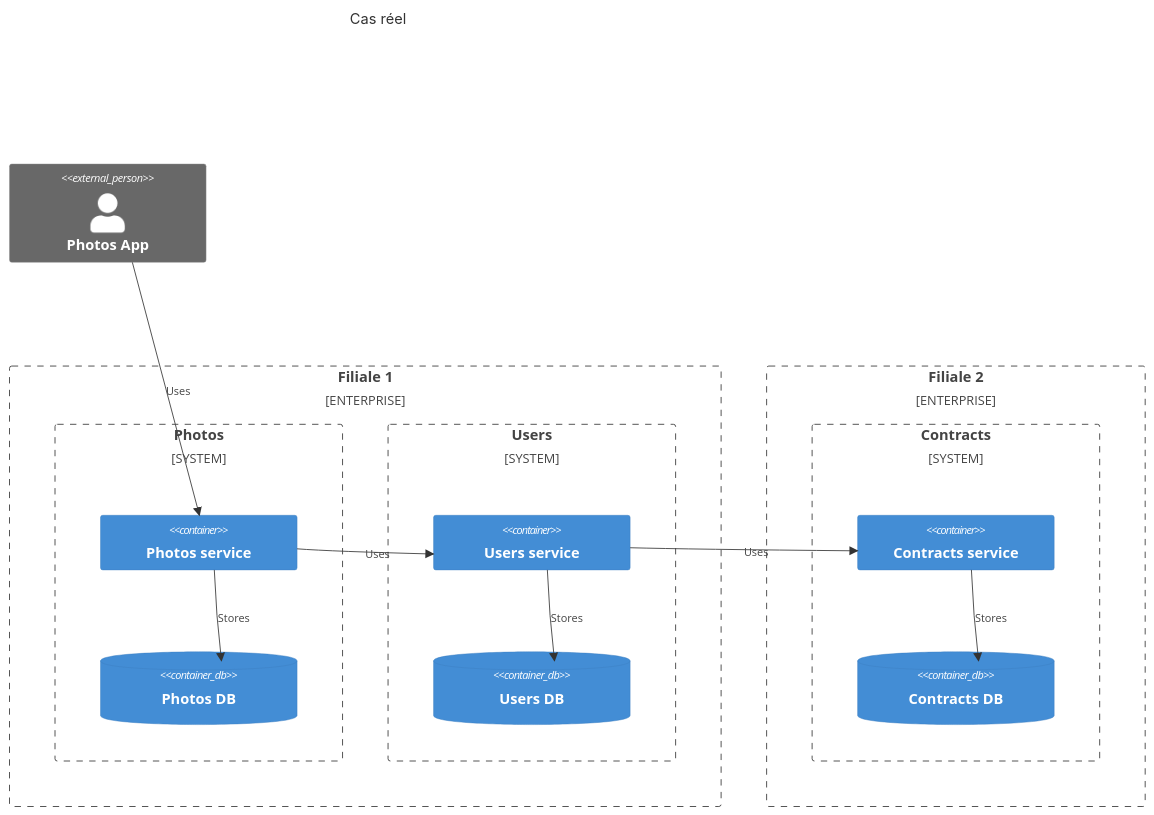
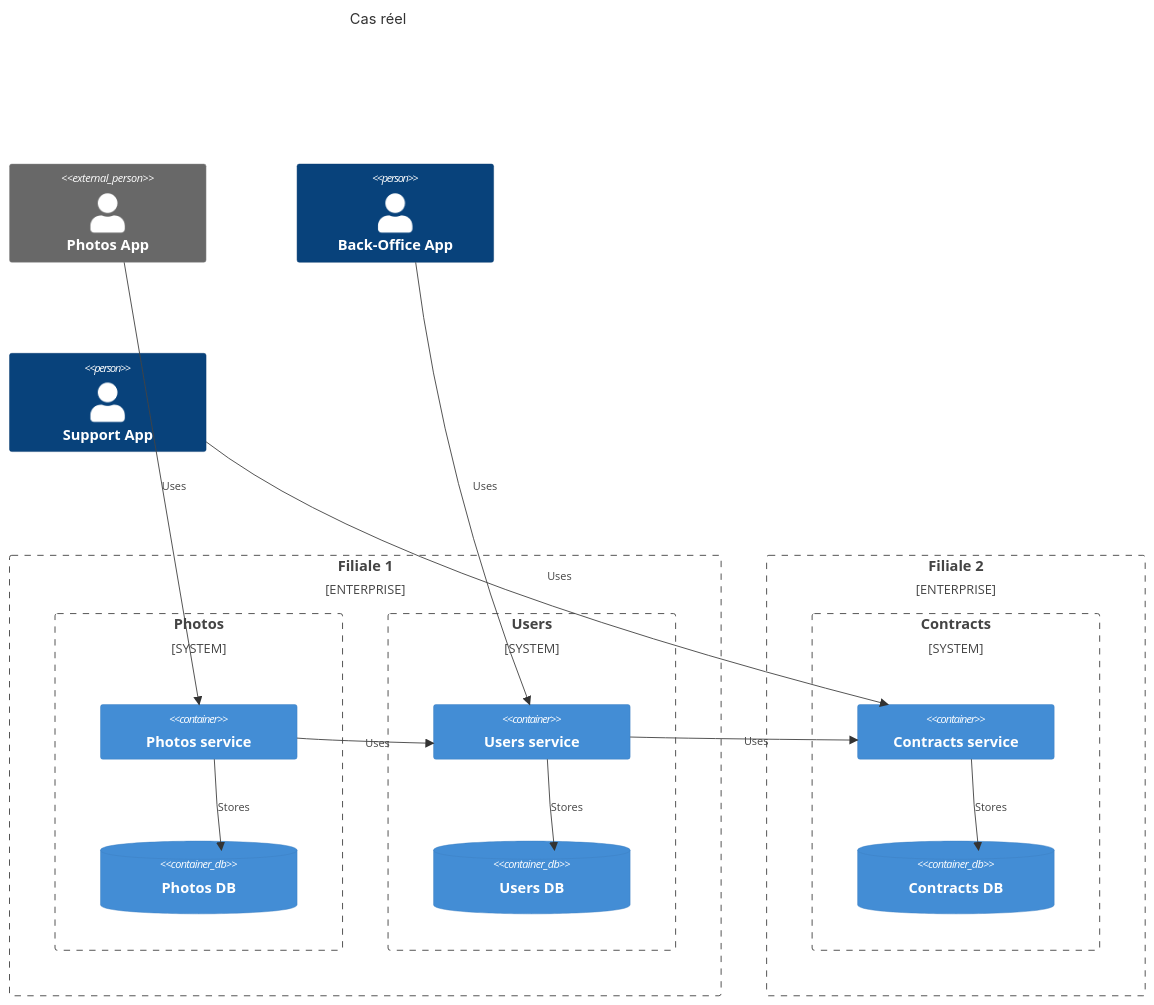
The second of 6 diagrams in src/2-synchrone.md (celinelouvet/async-and-events), drawn with Mermaid before and after one commit. The commit also changed other lines of this file and 5 other files, not shown here.

````diff
--- a/src/2-synchrone.md
+++ b/src/2-synchrone.md
@@ -54,38 +54,42 @@
 ```mermaid
 C4Context
   title Cas réel
 
   Person_Ext(PhotosUser, "Photos App")
+  Person(BackOfficeUser, "Back-Office App")
+  Person(ContractsUser, "Support App")
 
   Enterprise_Boundary(si1, "Filiale 1") {
     System_Boundary(PhotosSystem, "Photos") {
       Container(PhotosService, "Photos service")
       ContainerDb(PhotosDB, "Photos DB")
     }
 
     System_Boundary(UsersSystem, "Users") {
       Container(UsersService, "Users service")
       ContainerDb(UsersDB, "Users DB")
     }
   }
 
   Enterprise_Boundary(si2, "Filiale 2") {
 
     System_Boundary(ContractsSystem, "Contracts") {
       Container(ContractsService, "Contracts service")
       ContainerDb(ConstractsDB, "Contracts DB")
     }
   }
 
   Rel(PhotosUser, PhotosService, "Uses")
   Rel(PhotosService, PhotosDB, "Stores")
 
+  Rel(BackOfficeUser, UsersService, "Uses")
   Rel(UsersService, UsersDB, "Stores")
 
+  Rel(ContractsUser, ContractsService, "Uses")
   Rel(ContractsService, ConstractsDB, "Stores")
 
   Rel(PhotosService, UsersService, "Uses")
   Rel(UsersService, ContractsService, "Uses")
 
-  UpdateLayoutConfig($c4ShapeInRow="2", $c4BoundaryInRow="2")
+  UpdateLayoutConfig($c4ShapeInRow="3", $c4BoundaryInRow="2")
 ```
````
